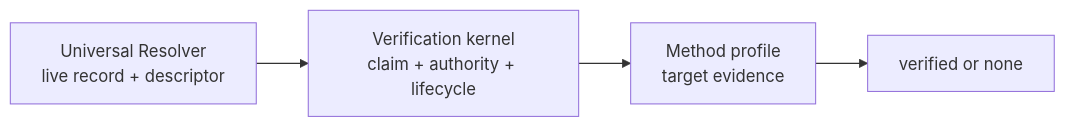
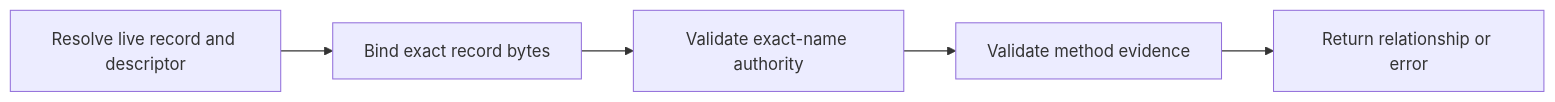
The diagram in apps/web/src/pages/docs/spec/overview.mdx (envoy1084/ensip-verification), drawn with Mermaid before and after one commit. The commit also changed other lines of this file and 32 other files, not shown here.

````diff
--- a/apps/web/src/pages/docs/spec/overview.mdx
+++ b/apps/web/src/pages/docs/spec/overview.mdx
@@ -13,6 +12,7 @@
 ```mermaid
 flowchart LR
-  A["Universal Resolver<br/>live record + descriptor"] --> B["Verification kernel<br/>claim + authority + lifecycle"]
-  B --> C["Method profile<br/>target evidence"]
-  C --> D["verified or none"]
+  A["Resolve live record and descriptor"] --> B["Bind exact record bytes"]
+  B --> C["Validate exact-name authority"]
+  C --> D["Validate method evidence"]
+  D --> E["Return relationship or error"]
 ```
````
